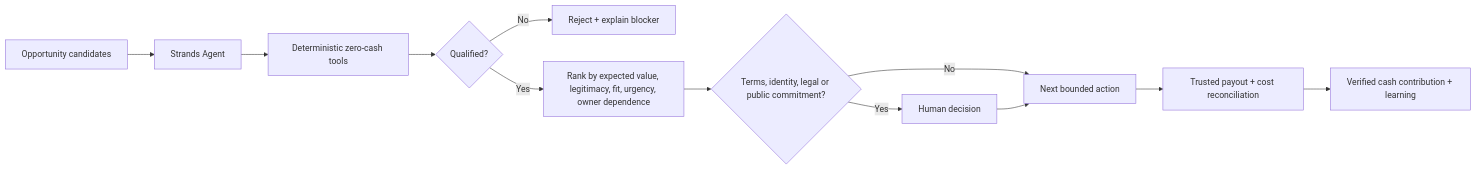
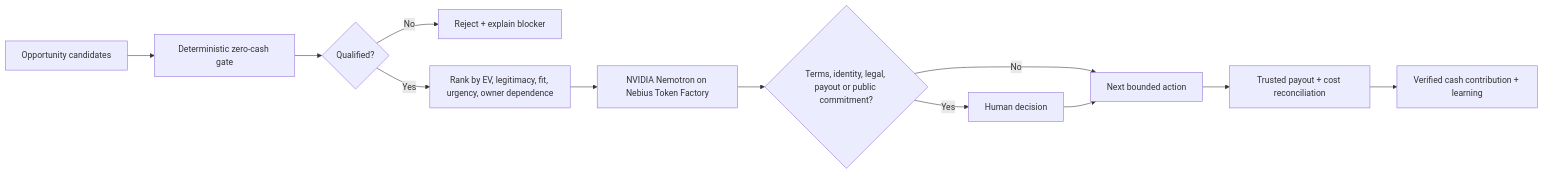
The diagram in README.md (crisjonblvx/earn-before-spend-agent), drawn with Mermaid before and after one commit. The commit also changed other lines of this file, not shown here.

Commit message:
Make Nebius/NVIDIA setup judge-ready in README

````diff
--- a/README.md
+++ b/README.md
@@ -36,14 +70,14 @@
 ```mermaid
 flowchart LR
-    A[Opportunity candidates] --> B[Strands Agent]
-    B --> C[Deterministic zero-cash tools]
-    C --> D{Qualified?}
-    D -- No --> E[Reject + explain blocker]
-    D -- Yes --> F[Rank by expected value, legitimacy, fit, urgency, owner dependence]
-    F --> G{Terms, identity, legal or public commitment?}
+    A[Opportunity candidates] --> B[Deterministic zero-cash gate]
+    B --> C{Qualified?}
+    C -- No --> D[Reject + explain blocker]
+    C -- Yes --> E[Rank by EV, legitimacy, fit, urgency, owner dependence]
+    E --> F[NVIDIA Nemotron on Nebius Token Factory]
+    F --> G{Terms, identity, legal, payout or public commitment?}
     G -- Yes --> H[Human decision]
     G -- No --> I[Next bounded action]
     H --> I
     I --> J[Trusted payout + cost reconciliation]
     J --> K[Verified cash contribution + learning]
 ```
````
